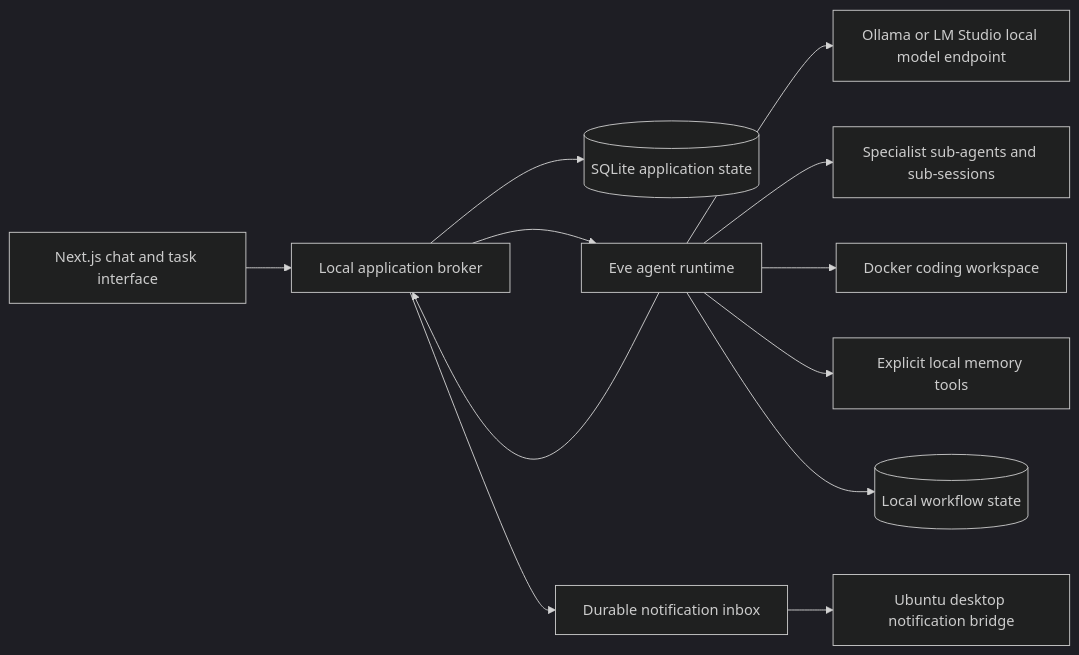
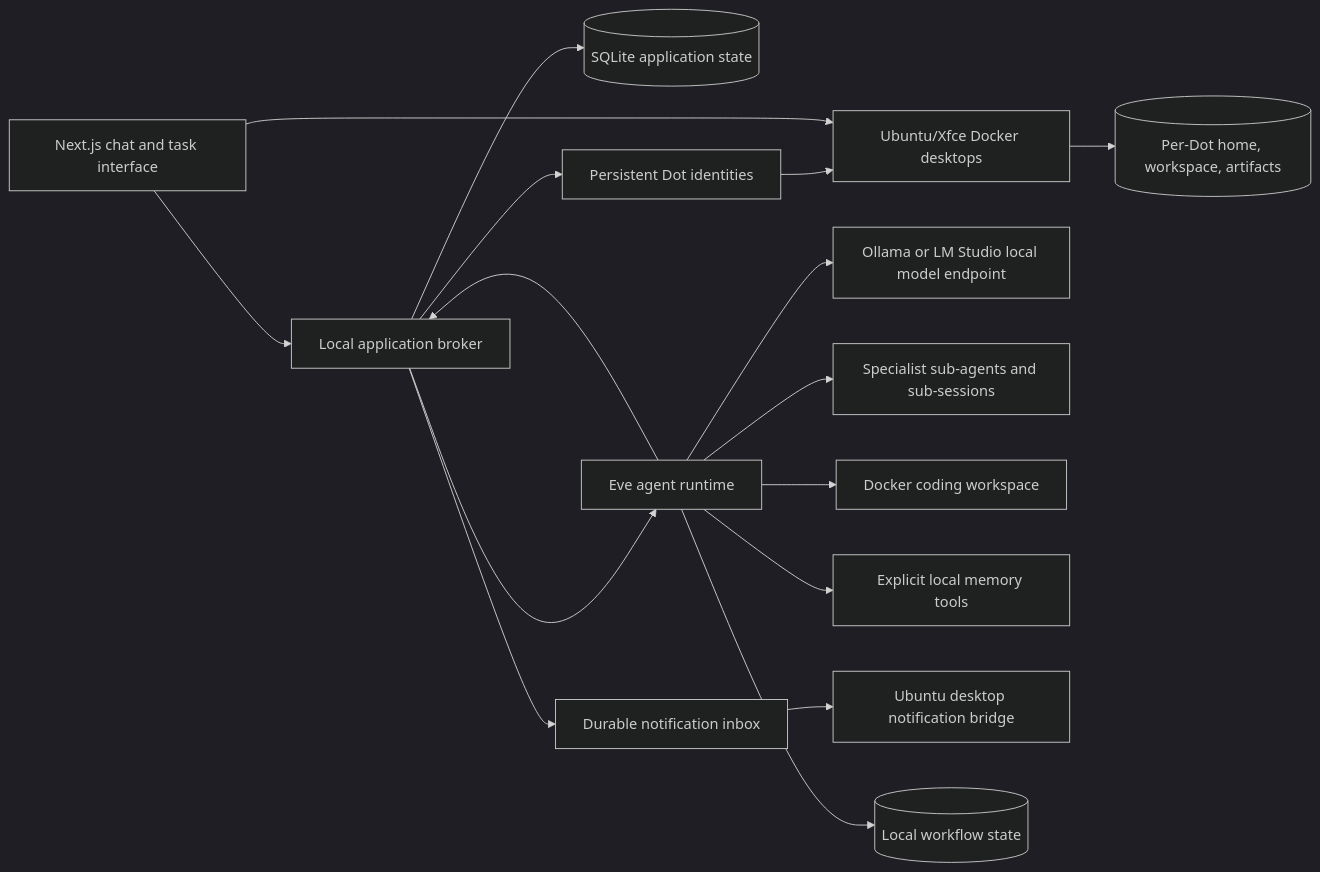
One commit to Antigro09/CIT-Dots changed the diagram in docs/architecture.md. Above: the diagram before and after it, drawn with Mermaid (dark theme). The commit also changed other lines of this file and 58 other files, not shown here.

Commit message:
Add persistent pet Dots, Linux desktops and independent Chat/Work sessions

````diff
--- a/docs/architecture.md
+++ b/docs/architecture.md
@@ -7,14 +7,18 @@
 ```mermaid
 flowchart LR
   Browser[Next.js chat and task interface] --> Broker[Local application broker]
   Broker --> Store[(SQLite application state)]
+  Broker --> Dots[Persistent Dot identities]
+  Dots --> Computers[Ubuntu/Xfce Docker desktops]
+  Computers --> DotFiles[(Per-Dot home, workspace, artifacts)]
+  Browser --> Computers
   Broker --> Eve[Eve agent runtime]
   Eve --> Models[Ollama or LM Studio local model endpoint]
   Eve --> Children[Specialist sub-agents and sub-sessions]
   Eve --> Sandbox[Docker coding workspace]
   Eve --> Memory[Explicit local memory tools]
   Eve --> Broker
   Broker --> Notices[Durable notification inbox]
   Notices --> Desktop[Ubuntu desktop notification bridge]
   Eve --> Workflows[(Local workflow state)]
 ```
````
